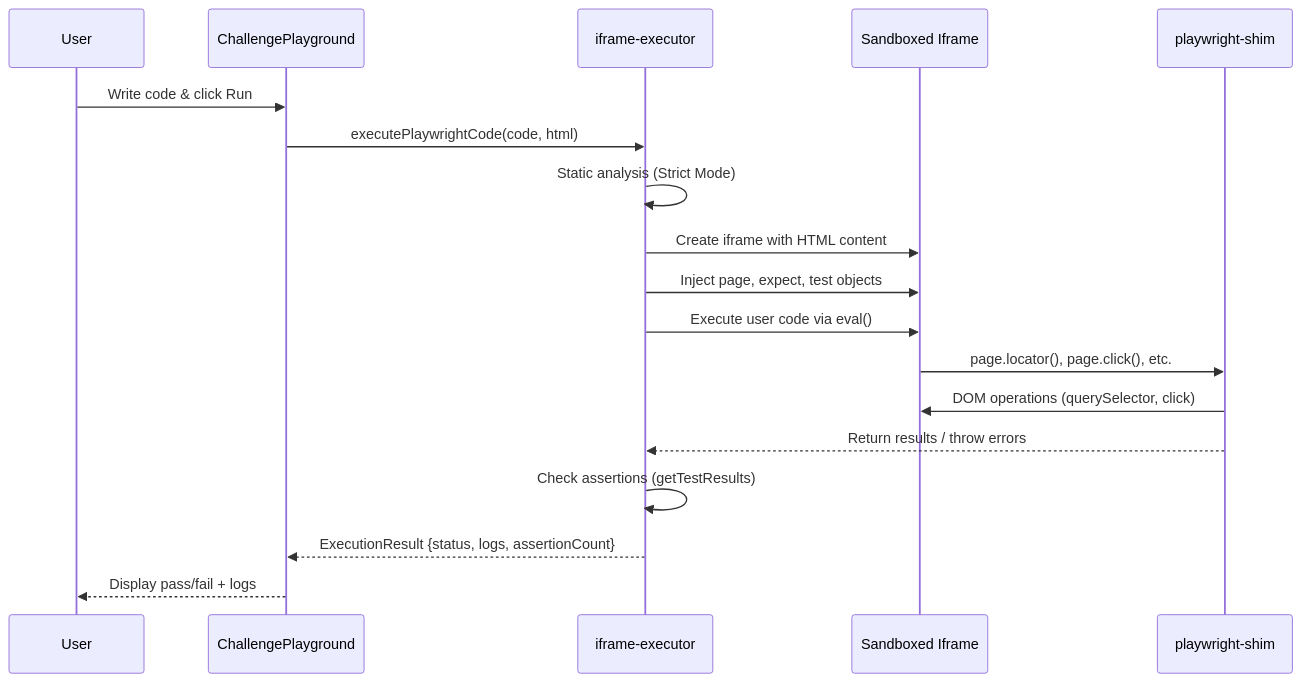
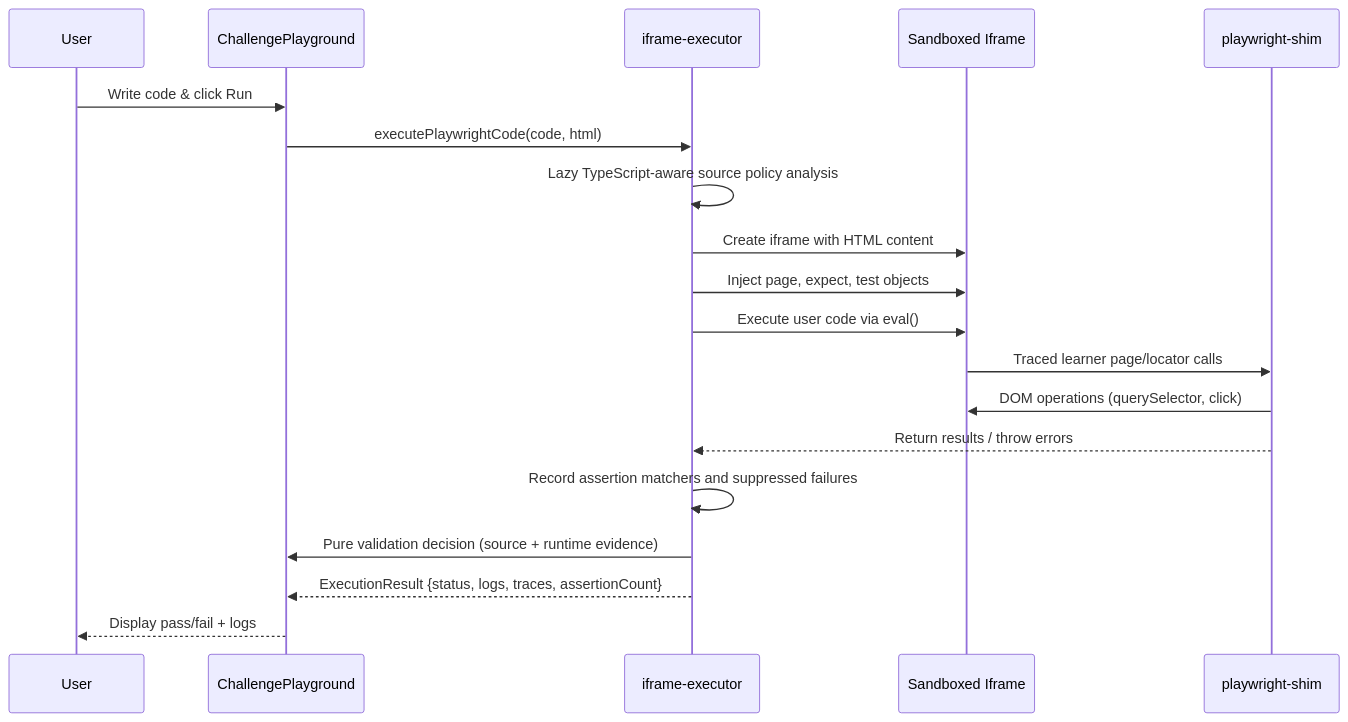
Before and after one commit to mihaamiharu/twe: the diagram in docs/ARCHITECTURE.md, drawn with Mermaid. The commit also changed other lines of this file and 415 other files, not shown here.

````diff
--- a/docs/ARCHITECTURE.md
+++ b/docs/ARCHITECTURE.md
@@ -11,21 +11,22 @@
 ```mermaid
 sequenceDiagram
     participant User
     participant UI as ChallengePlayground
     participant Exec as iframe-executor
     participant Iframe as Sandboxed Iframe
     participant Shim as playwright-shim
 
     User->>UI: Write code & click Run
     UI->>Exec: executePlaywrightCode(code, html)
-    Exec->>Exec: Static analysis (Strict Mode)
+    Exec->>Exec: Lazy TypeScript-aware source policy analysis
     Exec->>Iframe: Create iframe with HTML content
     Exec->>Iframe: Inject page, expect, test objects
     Exec->>Iframe: Execute user code via eval()
-    Iframe->>Shim: page.locator(), page.click(), etc.
+    Iframe->>Shim: Traced learner page/locator calls
     Shim->>Iframe: DOM operations (querySelector, click)
     Shim-->>Exec: Return results / throw errors
-    Exec->>Exec: Check assertions (getTestResults)
-    Exec-->>UI: ExecutionResult {status, logs, assertionCount}
+    Exec->>Exec: Record assertion matchers and suppressed failures
+    Exec->>UI: Pure validation decision (source + runtime evidence)
+    Exec-->>UI: ExecutionResult {status, logs, traces, assertionCount}
     UI-->>User: Display pass/fail + logs
 ```
````
